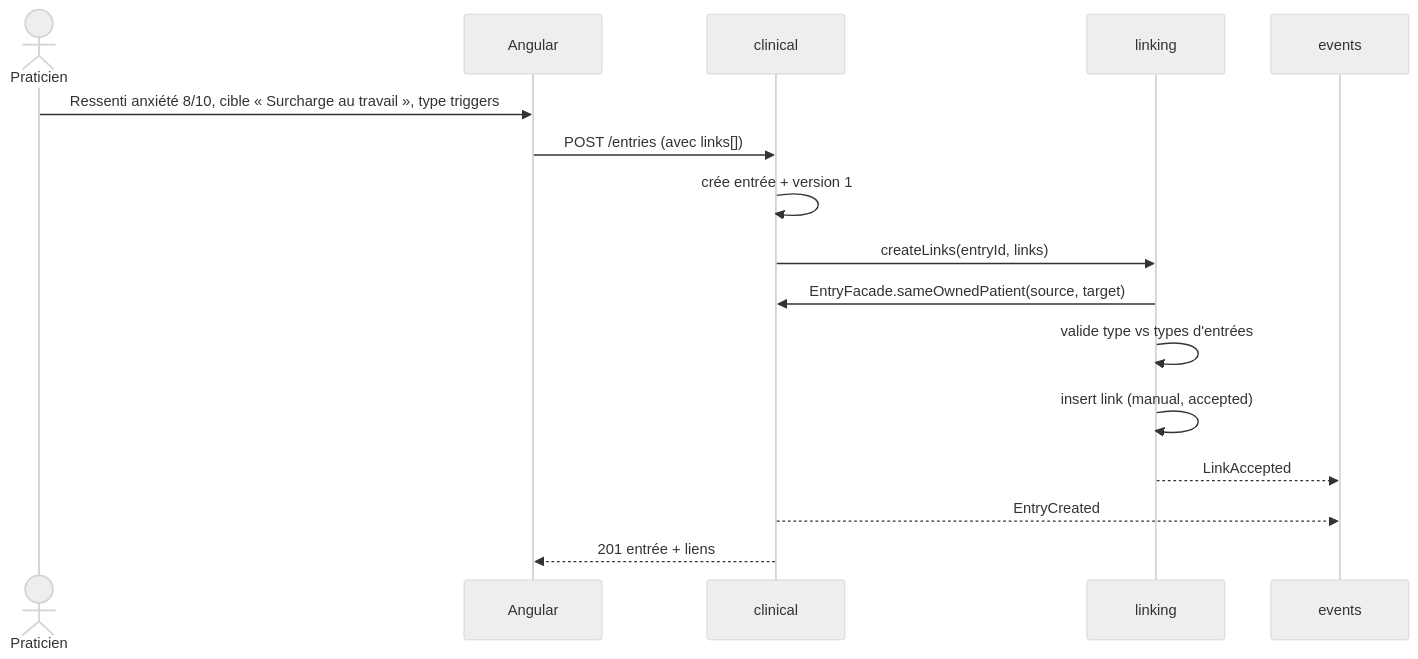
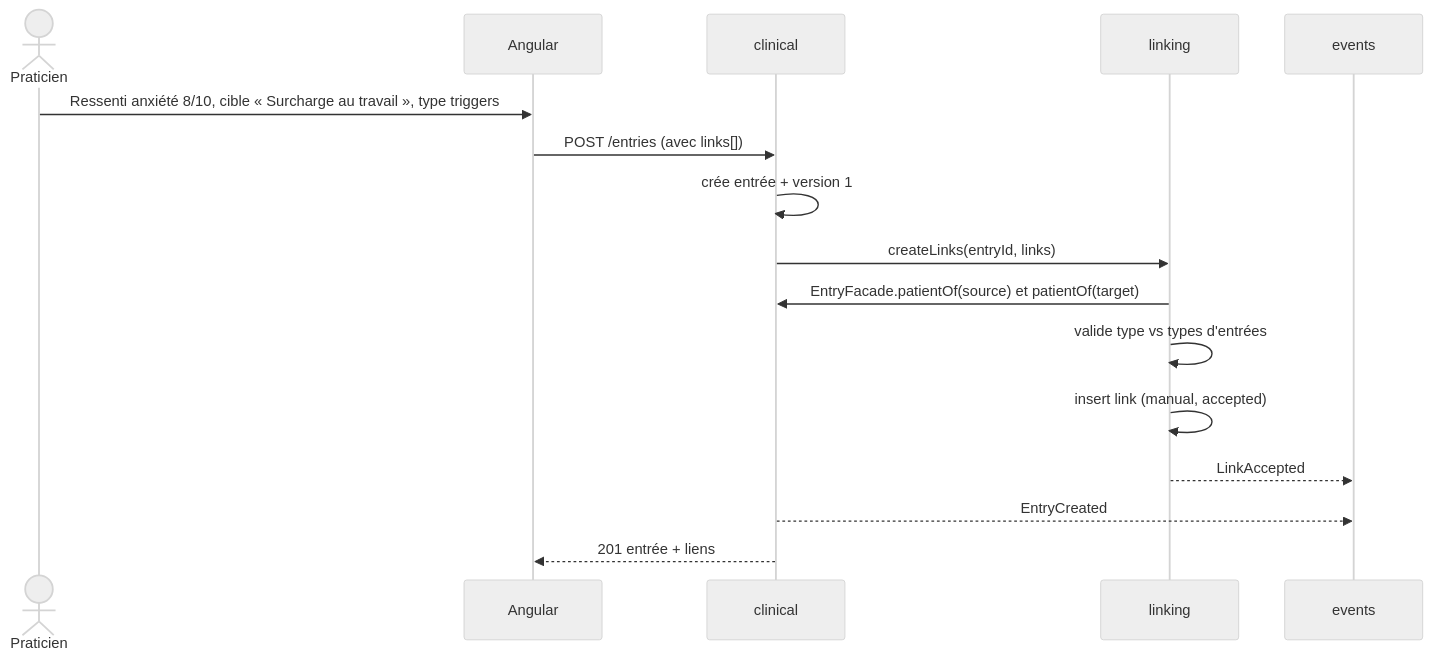
The eighth of 15 diagrams in docs/A-architecture.md (mrscams/psymate-api), drawn with Mermaid (neutral theme) before and after one commit. The commit also changed other lines of this file and 58 other files, not shown here.

````diff
--- a/docs/A-architecture.md
+++ b/docs/A-architecture.md
@@ -862,18 +862,18 @@
 ```mermaid
 sequenceDiagram
   actor P as Praticien
   participant UI as Angular
   participant CL as clinical
   participant LI as linking
   participant EV as events
   P->>UI: Ressenti anxiété 8/10, cible « Surcharge au travail », type triggers
   UI->>CL: POST /entries (avec links[])
   CL->>CL: crée entrée + version 1
   CL->>LI: createLinks(entryId, links)
-  LI->>CL: EntryFacade.sameOwnedPatient(source, target)
+  LI->>CL: EntryFacade.patientOf(source) et patientOf(target)
   LI->>LI: valide type vs types d'entrées
   LI->>LI: insert link (manual, accepted)
   LI-->>EV: LinkAccepted
   CL-->>EV: EntryCreated
   CL-->>UI: 201 entrée + liens
 ```
````
